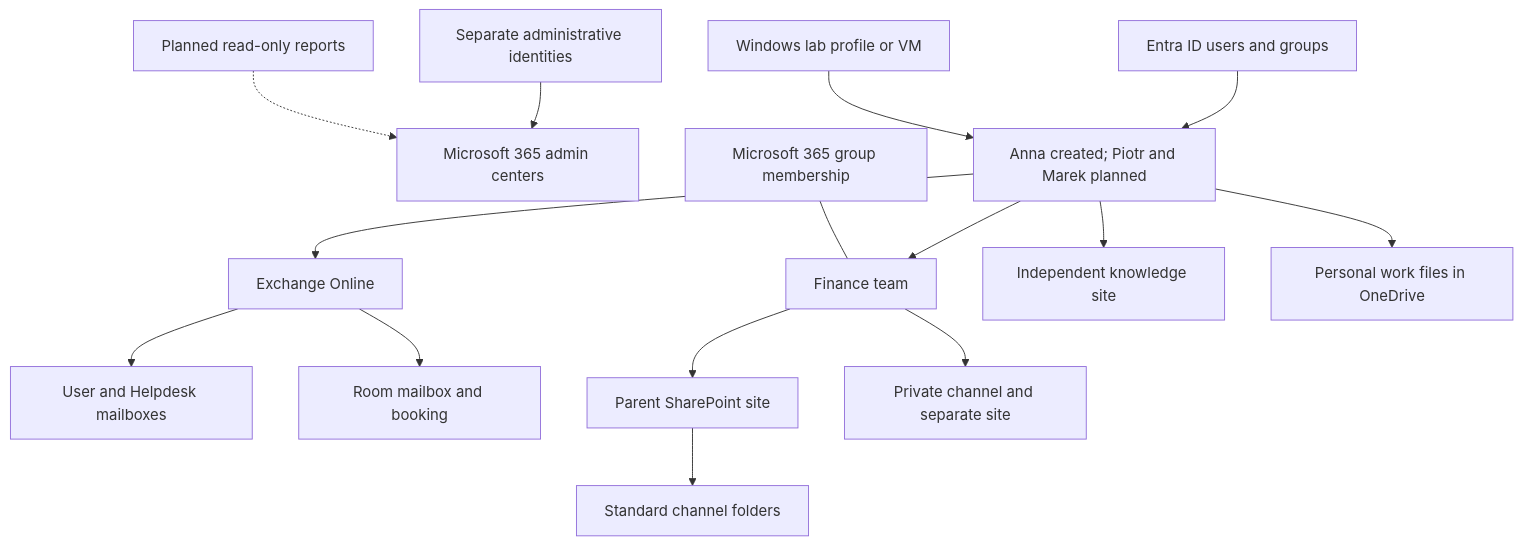
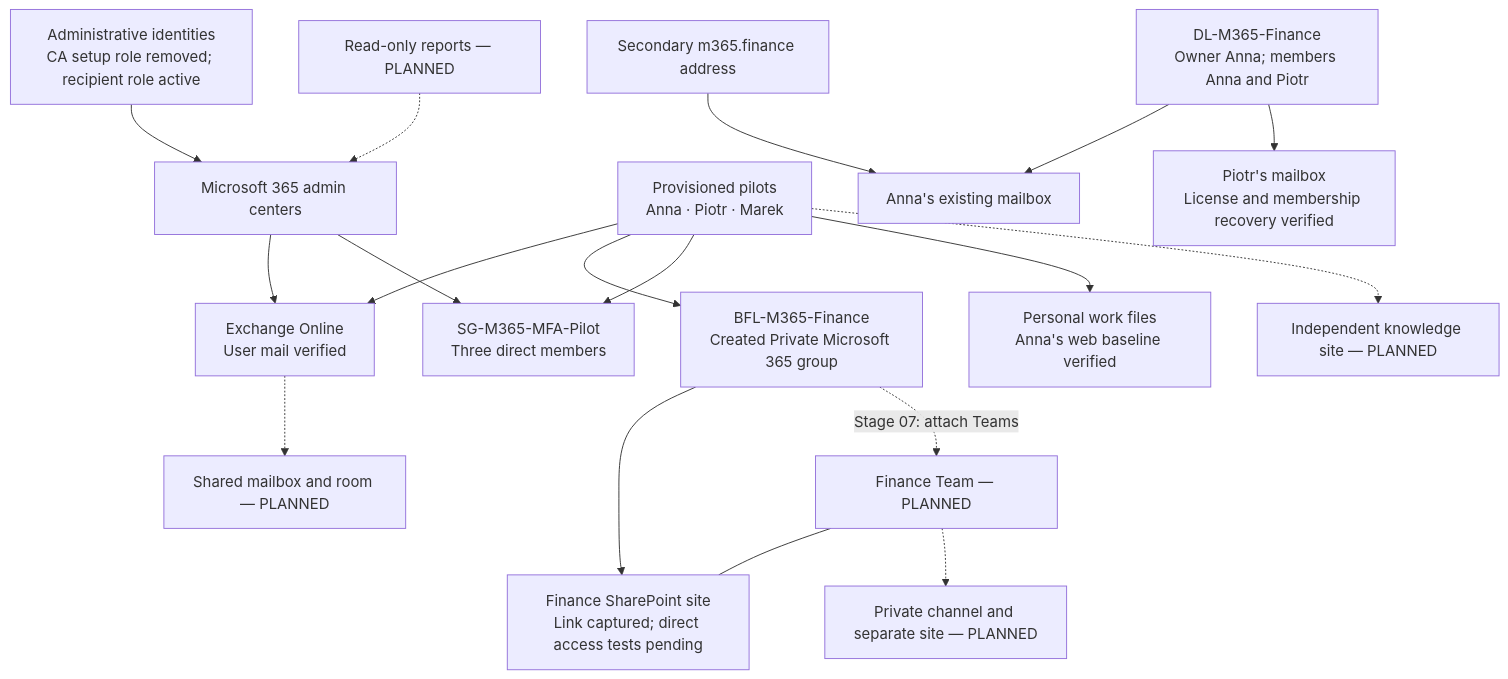
The diagram in docs/architecture.md (krzysztof-szot/m365-administration-support-project), drawn with Mermaid before and after one commit. The commit also changed other lines of this file and 27 other files, not shown here.

Commit message:
Document Days 02–03: licensing, groups, alias delivery and recovery

````diff
--- a/docs/architecture.md
+++ b/docs/architecture.md
@@ -5,17 +5,20 @@
 ```mermaid
 flowchart TB
-    Admin[Separate administrative identities] --> Portal[Microsoft 365 admin centers]
-    Entra[Entra ID users and groups] --> Users[Anna created; Piotr and Marek planned]
-    Users --> Exchange[Exchange Online]
-    Exchange --> Mail[User and Helpdesk mailboxes]
-    Exchange --> Room[Room mailbox and booking]
-    Users --> Team[Finance team]
-    Group[Microsoft 365 group membership] --- Team
-    Team --> Parent[Parent SharePoint site]
-    Parent --> Standard[Standard channel folders]
-    Team --> Private[Private channel and separate site]
-    Users --> Knowledge[Independent knowledge site]
-    Users --> OneDrive[Personal work files in OneDrive]
-    Client[Windows lab profile or VM] --> Users
-    Reports[Planned read-only reports] -.-> Portal
+    Admin["Administrative identities<br/>CA setup role removed; recipient role active"] --> Portal["Microsoft 365 admin centers"]
+    Users["Provisioned pilots<br/>Anna · Piotr · Marek"] --> Exchange["Exchange Online<br/>User mail verified"]
+    FinanceAlias["Secondary m365.finance address"] --> Anna["Anna's existing mailbox"]
+    DL["DL-M365-Finance<br/>Owner Anna; members Anna and Piotr"] --> Anna
+    DL --> Piotr["Piotr's mailbox<br/>License and membership recovery verified"]
+    Group["BFL-M365-Finance<br/>Created Private Microsoft 365 group"] --> Parent["Finance SharePoint site<br/>Link captured; direct access tests pending"]
+    Group -. "Stage 07: attach Teams" .-> Team["Finance Team — PLANNED"]
+    Team --- Parent
+    Team -.-> Private["Private channel and separate site — PLANNED"]
+    Users --> Group
+    Users --> MFA["SG-M365-MFA-Pilot<br/>Three direct members"]
+    Portal --> Exchange
+    Portal --> MFA
+    Users --> OneDrive["Personal work files<br/>Anna's web baseline verified"]
+    Exchange -.-> Helpdesk["Shared mailbox and room — PLANNED"]
+    Users -.-> Knowledge["Independent knowledge site — PLANNED"]
+    Reports["Read-only reports — PLANNED"] -.-> Portal
 ```
````
